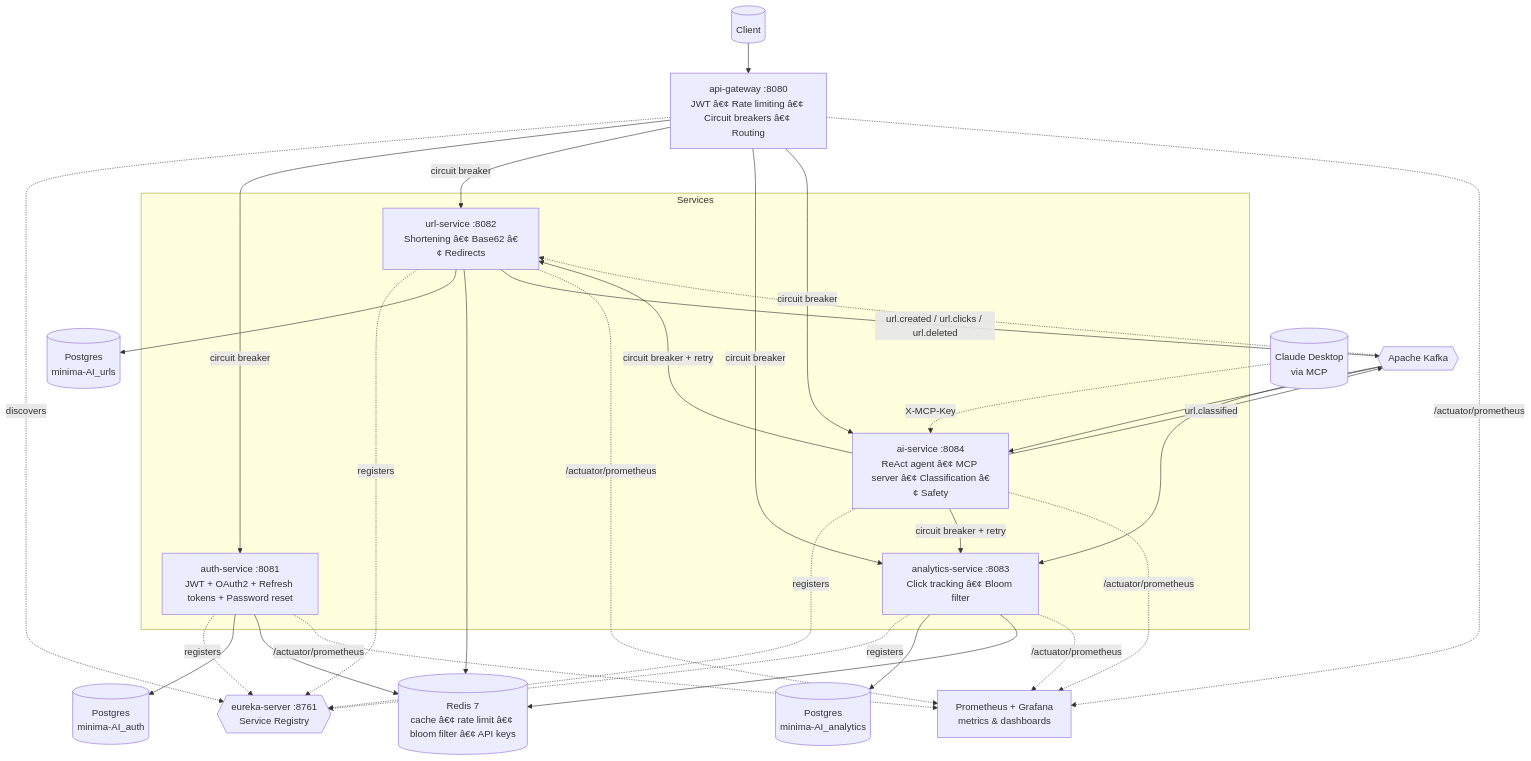
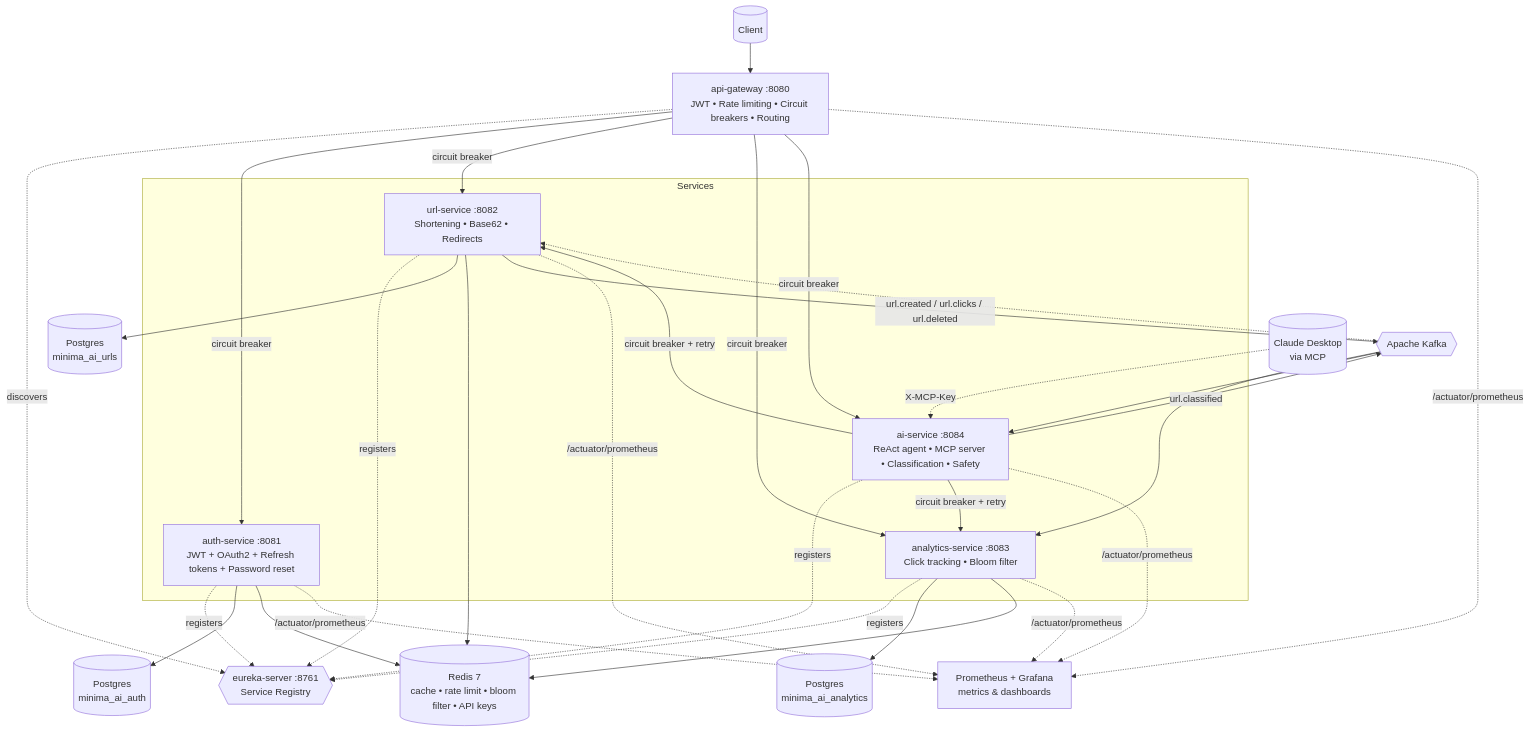
The first of 2 diagrams in README.md (Mrillogical/Minima-AI), drawn with Mermaid before and after one commit. The commit also changed other lines of this file and 2 other files, not shown here.

````diff
--- a/README.md
+++ b/README.md
@@ -231,58 +231,58 @@
 ```mermaid
 graph TB
     Client[("Client")]
     Eureka{{"eureka-server :8761<br/>Service Registry"}}
-    Gateway["api-gateway :8080<br/>JWT â€¢ Rate limiting â€¢ Circuit breakers â€¢ Routing"]
+    Gateway["api-gateway :8080<br/>JWT • Rate limiting • Circuit breakers • Routing"]
 
     subgraph Services
         Auth["auth-service :8081<br/>JWT + OAuth2 + Refresh tokens + Password reset"]
-        Url["url-service :8082<br/>Shortening â€¢ Base62 â€¢ Redirects"]
-        Analytics["analytics-service :8083<br/>Click tracking â€¢ Bloom filter"]
-        AI["ai-service :8084<br/>ReAct agent â€¢ MCP server â€¢ Classification â€¢ Safety"]
+        Url["url-service :8082<br/>Shortening • Base62 • Redirects"]
+        Analytics["analytics-service :8083<br/>Click tracking • Bloom filter"]
+        AI["ai-service :8084<br/>ReAct agent • MCP server • Classification • Safety"]
     end
 
-    PG1[("Postgres<br/>minima-AI_auth")]
-    PG2[("Postgres<br/>minima-AI_urls")]
-    PG3[("Postgres<br/>minima-AI_analytics")]
-    RedisDB[("Redis 7<br/>cache â€¢ rate limit â€¢ bloom filter â€¢ API keys")]
+    PG1[("Postgres<br/>minima_ai_auth")]
+    PG2[("Postgres<br/>minima_ai_urls")]
+    PG3[("Postgres<br/>minima_ai_analytics")]
+    RedisDB[("Redis 7<br/>cache • rate limit • bloom filter • API keys")]
     Kafka{{"Apache Kafka"}}
     Obs["Prometheus + Grafana<br/>metrics & dashboards"]
     MCP[("Claude Desktop<br/>via MCP")]
 
     Client --> Gateway
     MCP -. "X-MCP-Key" .-> AI
 
     Gateway -. discovers .-> Eureka
     Auth -. registers .-> Eureka
     Url -. registers .-> Eureka
     Analytics -. registers .-> Eureka
     AI -. registers .-> Eureka
 
     Gateway -- "circuit breaker" --> Auth
     Gateway -- "circuit breaker" --> Url
     Gateway -- "circuit breaker" --> Analytics
     Gateway -- "circuit breaker" --> AI
 
     Auth --> PG1
     Auth --> RedisDB
 
     Url --> PG2
     Url --> RedisDB
     Url -- "url.created / url.clicks / url.deleted" --> Kafka
 
     Kafka --> Analytics
     Analytics --> PG3
     Analytics --> RedisDB
 
     Kafka --> AI
     AI -- "url.classified" --> Kafka
     Kafka -.-> Url
     AI -- "circuit breaker + retry" --> Url
     AI -- "circuit breaker + retry" --> Analytics
 
     Auth -.->|/actuator/prometheus| Obs
     Url -.->|/actuator/prometheus| Obs
     Analytics -.->|/actuator/prometheus| Obs
     AI -.->|/actuator/prometheus| Obs
     Gateway -.->|/actuator/prometheus| Obs
 ```
````
